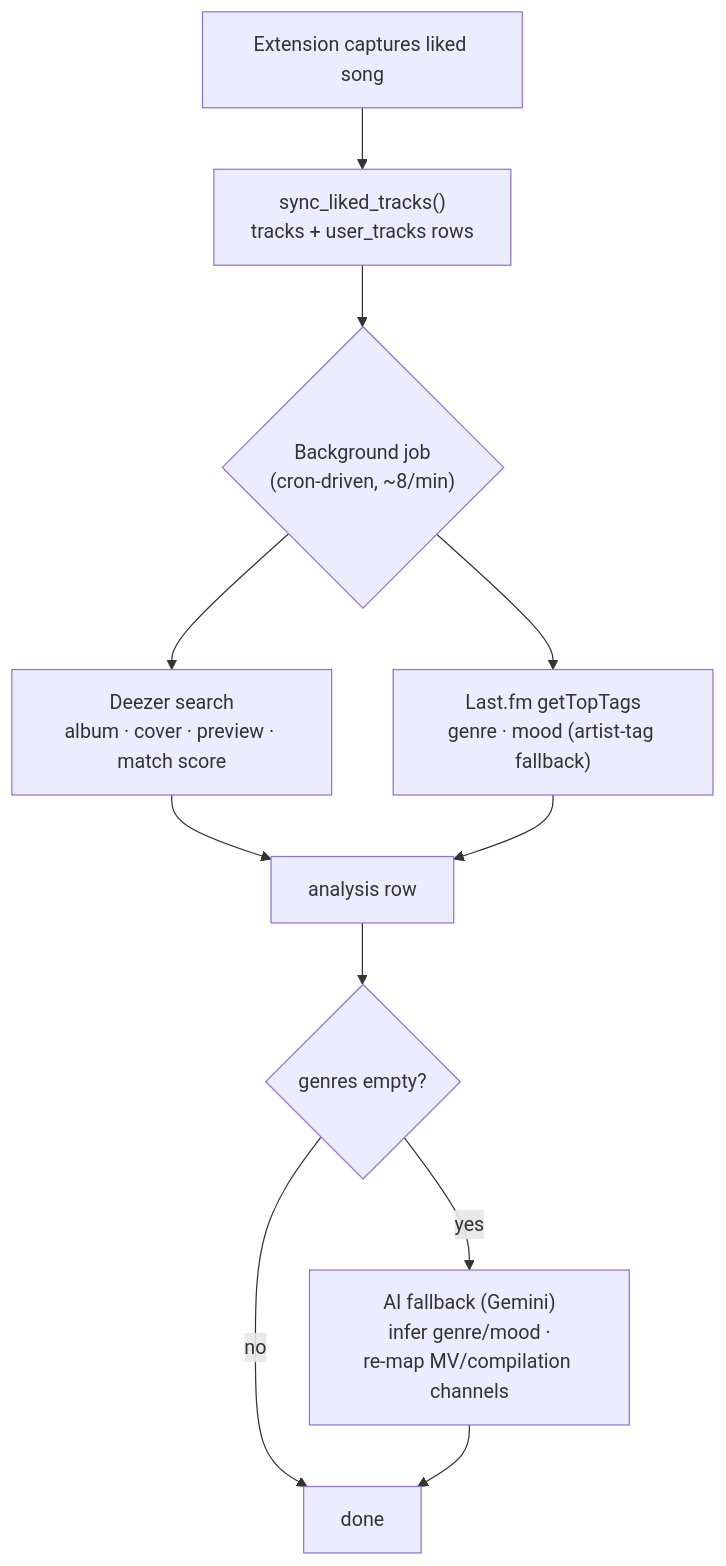
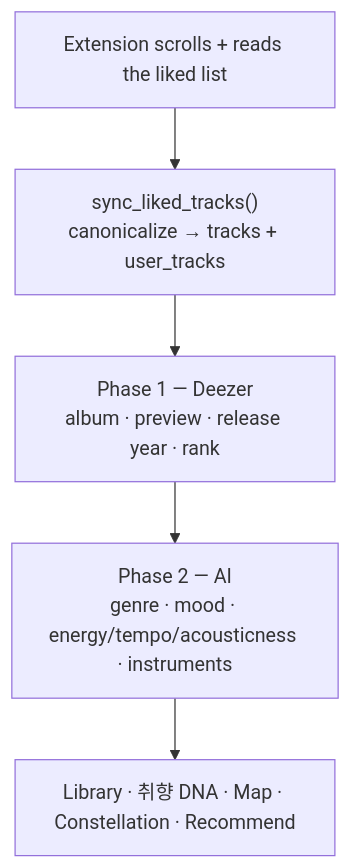
The second of 2 diagrams in README.md (KKWANH/earprint), drawn with Mermaid before and after one commit. The commit also changed other lines of this file and 47 other files, not shown here.

First line of the commit message:
Add 취향 DNA, interactive maps, recommendation modes, local analysis

````diff
--- a/README.md
+++ b/README.md
@@ -79,13 +79,7 @@
 ```mermaid
 flowchart TD
-  CAP["Extension captures liked song"] --> SYNC["sync_liked_tracks()<br/>tracks + user_tracks rows"]
-  SYNC --> JOB{"Background job<br/>(cron-driven, ~8/min)"}
-  JOB --> ENR["Deezer search<br/>album · cover · preview · match score"]
-  JOB --> TAG["Last.fm getTopTags<br/>genre · mood (artist-tag fallback)"]
-  ENR --> AROW["analysis row"]
-  TAG --> AROW
-  AROW --> CHK{"genres empty?"}
-  CHK -- yes --> AI["AI fallback (Gemini)<br/>infer genre/mood ·<br/>re-map MV/compilation channels"]
-  CHK -- no --> DONE["done"]
-  AI --> DONE
+  CAP["Extension scrolls + reads the liked list"] --> SYNC["sync_liked_tracks()<br/>canonicalize → tracks + user_tracks"]
+  SYNC --> ENR["Phase 1 — Deezer<br/>album · preview · release year · rank"]
+  ENR --> AI["Phase 2 — AI<br/>genre · mood · energy/tempo/acousticness · instruments"]
+  AI --> VIEWS["Library · 취향 DNA · Map · Constellation · Recommend"]
 ```
````
